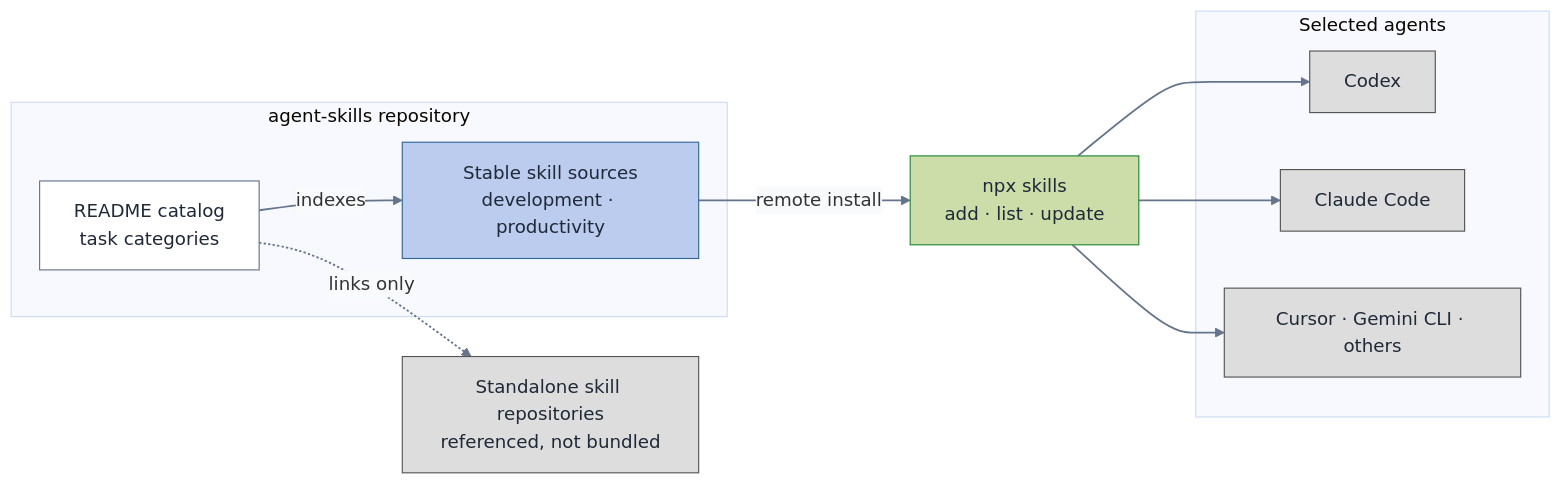
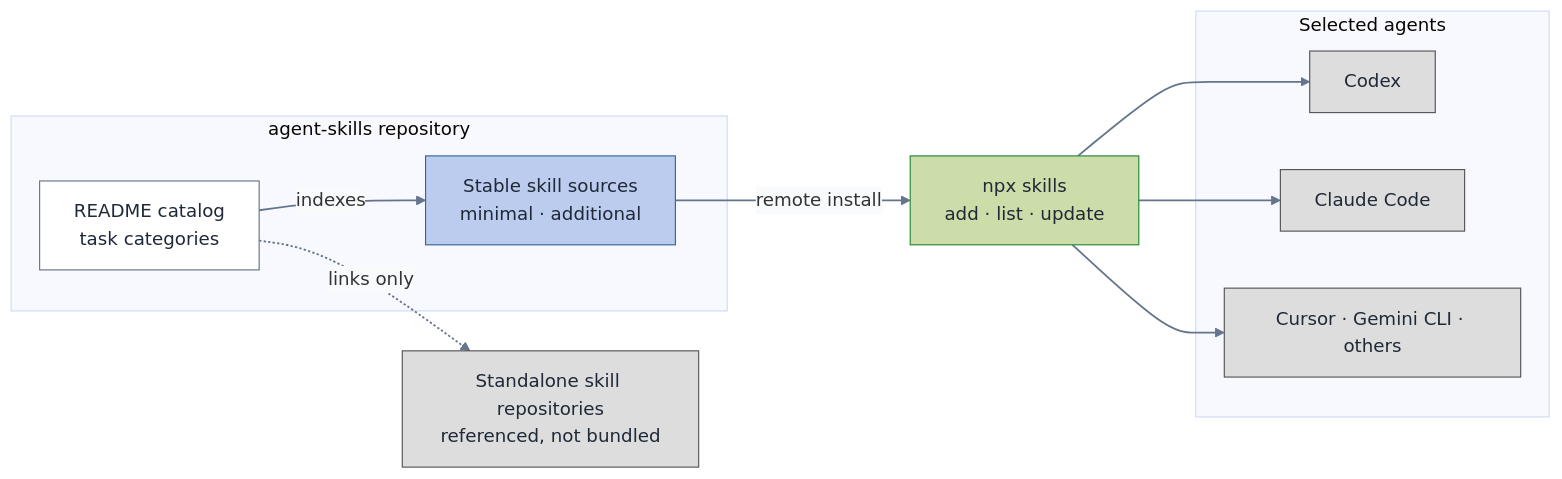
Before and after one commit to gigio1023/agent-skills: the diagram in docs/repo-structure.md, drawn with Mermaid. The commit also changed other lines of this file and 184 other files, not shown here.

First line of the commit message:
refactor: group bundled skills into minimal and additional install sets (#110)

````diff
--- a/docs/repo-structure.md
+++ b/docs/repo-structure.md
@@ -7,42 +7,42 @@
 ```mermaid
 ---
 config:
   theme: base
   themeVariables:
     textColor: "#1f2937"
     edgeLabelBackground: "#f8fafc"
 ---
 flowchart LR
   accTitle: agent-skills catalog, source, and installation boundaries
   accDescr: The README groups skills by task. Stable source paths flow through the Skills CLI into selected agents, while standalone repositories are referenced only.
 
   subgraph repo ["agent-skills repository"]
     IDX["README catalog<br/>task categories"]
-    SRC["Stable skill sources<br/>development · productivity"]
+    SRC["Stable skill sources<br/>minimal · additional"]
   end
 
   CLI["npx skills<br/>add · list · update"]
 
   subgraph agents ["Selected agents"]
     CX["Codex"]
     CC["Claude Code"]
     OT["Cursor · Gemini CLI · others"]
   end
 
   EXT["Standalone skill repositories<br/>referenced, not bundled"]
 
   IDX -->|indexes| SRC
   SRC -->|remote install| CLI
   CLI --> CX & CC & OT
   IDX -.->|links only| EXT
 
   classDef source fill:#BBCCEE,stroke:#336699,color:#1f2937;
   classDef installer fill:#CCDDAA,stroke:#228833,color:#1f2937;
   classDef outside fill:#DDDDDD,stroke:#555555,color:#1f2937;
   classDef index fill:#ffffff,stroke:#64748b,color:#1f2937;
   class IDX index;
   class SRC source;
   class CLI installer;
   class CX,CC,OT,EXT outside;
   linkStyle default stroke:#64748b,stroke-width:1.6px;
 ```
````
